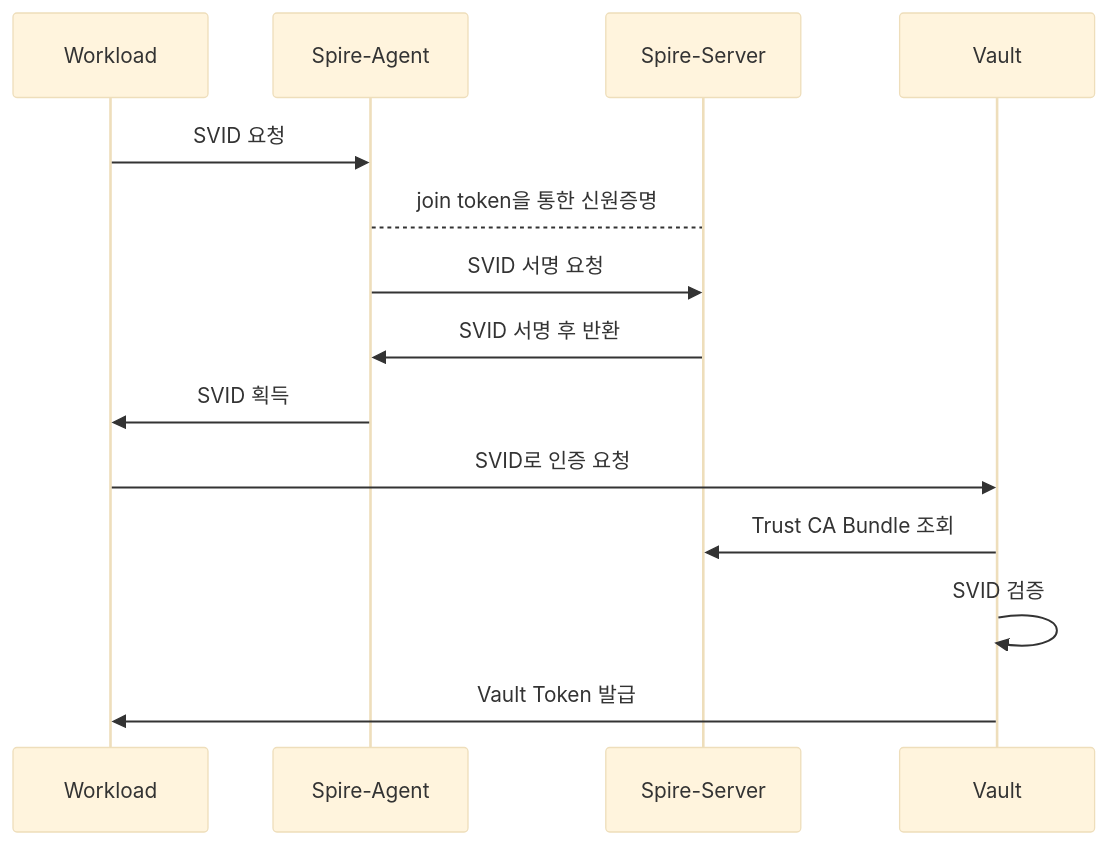
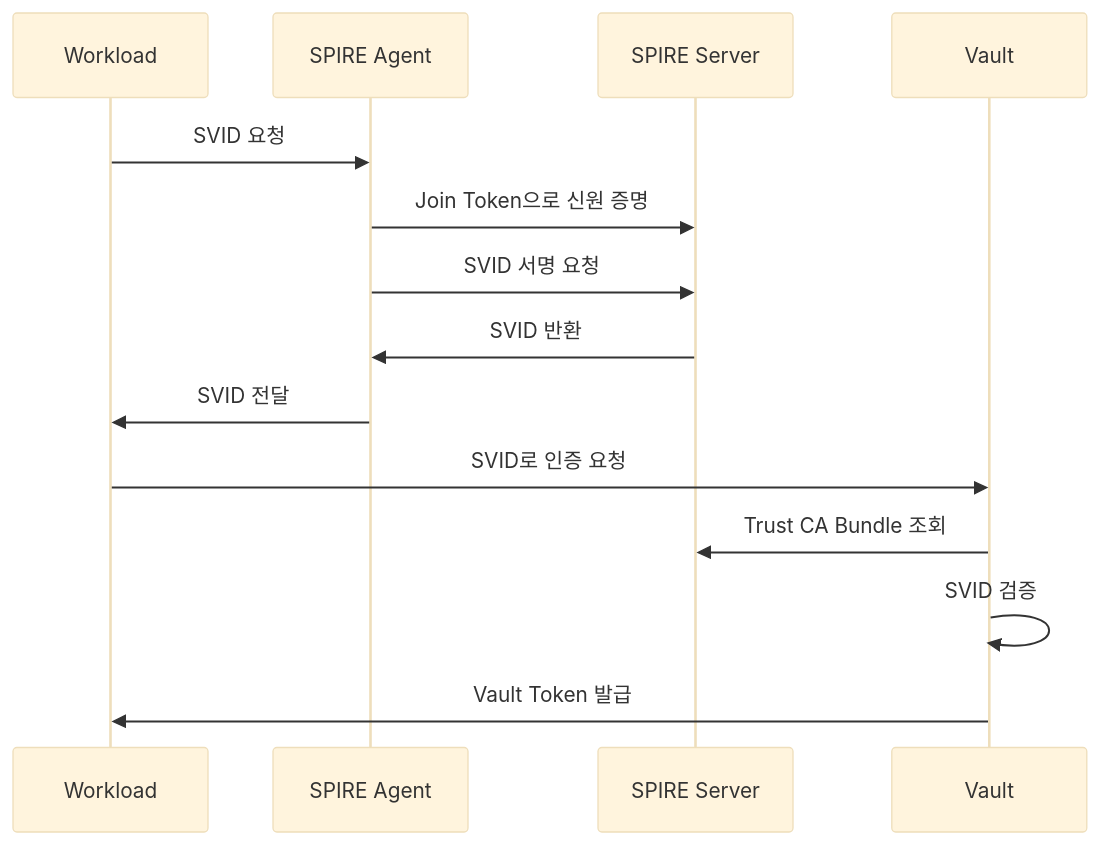
The diagram in docs/04-HashiCorp/06-Vault/03-Auth_Method/spiffe-auth-example.md (docmoa/docs), drawn with Mermaid (base theme) before and after one commit. The commit also changed other lines of this file and 1 other file, not shown here.

````diff
--- a/docs/04-HashiCorp/06-Vault/03-Auth_Method/spiffe-auth-example.md
+++ b/docs/04-HashiCorp/06-Vault/03-Auth_Method/spiffe-auth-example.md
@@ -114,16 +58,16 @@
 ```mermaid
 sequenceDiagram
-    participant Workload
-    participant Spire-Agent
-    participant Spire-Server
-    participant Vault
-    Workload->>Spire-Agent: SVID 요청
-    Spire-Agent-->Spire-Server: join token을 통한 신원증명
-    Spire-Agent->>Spire-Server: SVID 서명 요청 
-    Spire-Server->>Spire-Agent: SVID 서명 후 반환
-    Spire-Agent->>Workload: SVID 획득
-    Workload->>Vault: SVID로 인증 요청
-    Vault->>Spire-Server: Trust CA Bundle 조회   
-    Vault->>Vault: SVID 검증
-    Vault->>Workload: Vault Token 발급 
+  participant Workload
+  participant SpireAgent as SPIRE Agent
+  participant SpireServer as SPIRE Server
+  participant Vault
+  Workload->>SpireAgent: SVID 요청
+  SpireAgent->>SpireServer: Join Token으로 신원 증명
+  SpireAgent->>SpireServer: SVID 서명 요청
+  SpireServer->>SpireAgent: SVID 반환
+  SpireAgent->>Workload: SVID 전달
+  Workload->>Vault: SVID로 인증 요청
+  Vault->>SpireServer: Trust CA Bundle 조회
+  Vault->>Vault: SVID 검증
+  Vault->>Workload: Vault Token 발급
 ```
````
